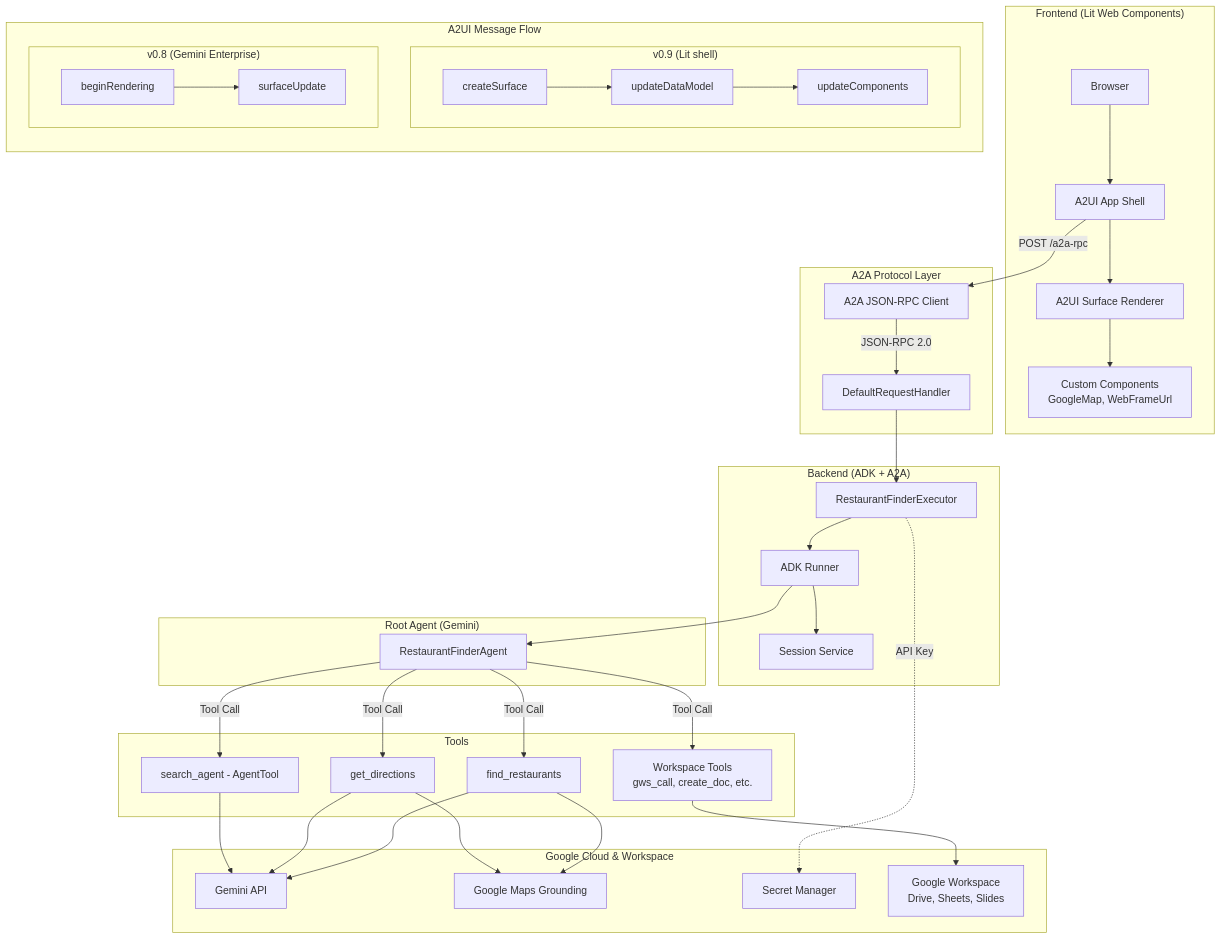
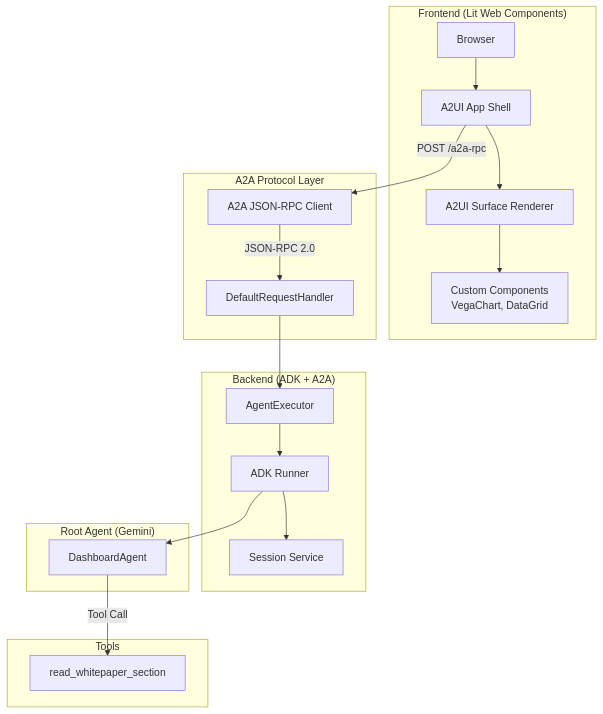
One commit to wadave/agent-a2ui-demo changed the second of 3 diagrams in docs/sdd.md. Above: the diagram before and after it, drawn with Mermaid. The commit also changed other lines of this file and 38 other files, not shown here.

````diff
--- a/docs/sdd.md
+++ b/docs/sdd.md
@@ -103,72 +89,38 @@
 ```mermaid
 graph TB
     subgraph "Frontend (Lit Web Components)"
         Browser[Browser]
         AppShell[A2UI App Shell]
         Surface[A2UI Surface Renderer]
-        CustomComp[Custom Components<br/>GoogleMap, WebFrameUrl]
+        CustomComp[Custom Components<br/>VegaChart, DataGrid]
         Browser --> AppShell
         AppShell --> Surface
         Surface --> CustomComp
     end
 
     subgraph "A2A Protocol Layer"
         Client[A2A JSON-RPC Client]
         Handler[DefaultRequestHandler]
         AppShell -->|"POST /a2a-rpc"| Client
         Client -->|"JSON-RPC 2.0"| Handler
     end
 
     subgraph "Backend (ADK + A2A)"
-        Executor[RestaurantFinderExecutor]
+        Executor[AgentExecutor]
         Runner[ADK Runner]
         Session[Session Service]
         Handler --> Executor
         Executor --> Runner
         Runner --> Session
     end
 
     subgraph "Root Agent (Gemini)"
-        Agent[RestaurantFinderAgent]
+        Agent[DashboardAgent]
         Runner --> Agent
     end
 
     subgraph "Tools"
-        FindRest[find_restaurants]
-        GetDir[get_directions]
-        SearchAgent[search_agent - AgentTool]
-        WorkspaceTools[Workspace Tools<br/>gws_call, create_doc, etc.]
-        Agent -->|"Tool Call"| FindRest
-        Agent -->|"Tool Call"| GetDir
-        Agent -->|"Tool Call"| SearchAgent
-        Agent -->|"Tool Call"| WorkspaceTools
-    end
-
-    subgraph "Google Cloud & Workspace"
-        GeminiAPI[Gemini API]
-        MapsGround[Google Maps Grounding]
-        SecretMgr[Secret Manager]
-        GWS[Google Workspace<br/>Drive, Sheets, Slides]
-
-        FindRest --> GeminiAPI
-        FindRest --> MapsGround
-        GetDir --> GeminiAPI
-        GetDir --> MapsGround
-        SearchAgent --> GeminiAPI
-        WorkspaceTools --> GWS
-        Executor -.->|"API Key"| SecretMgr
-    end
-
-    subgraph "A2UI Message Flow"
-        direction TB
-        subgraph V09["v0.9 (Lit shell)"]
-            direction LR
-            CS[createSurface] --> UDM[updateDataModel]
-            UDM --> UC[updateComponents]
-        end
-        subgraph V08["v0.8 (Gemini Enterprise)"]
-            direction LR
-            BR[beginRendering] --> SU[surfaceUpdate]
-        end
+        ReadWP[read_whitepaper_section]
+        Agent -->|"Tool Call"| ReadWP
     end
 ```
````
